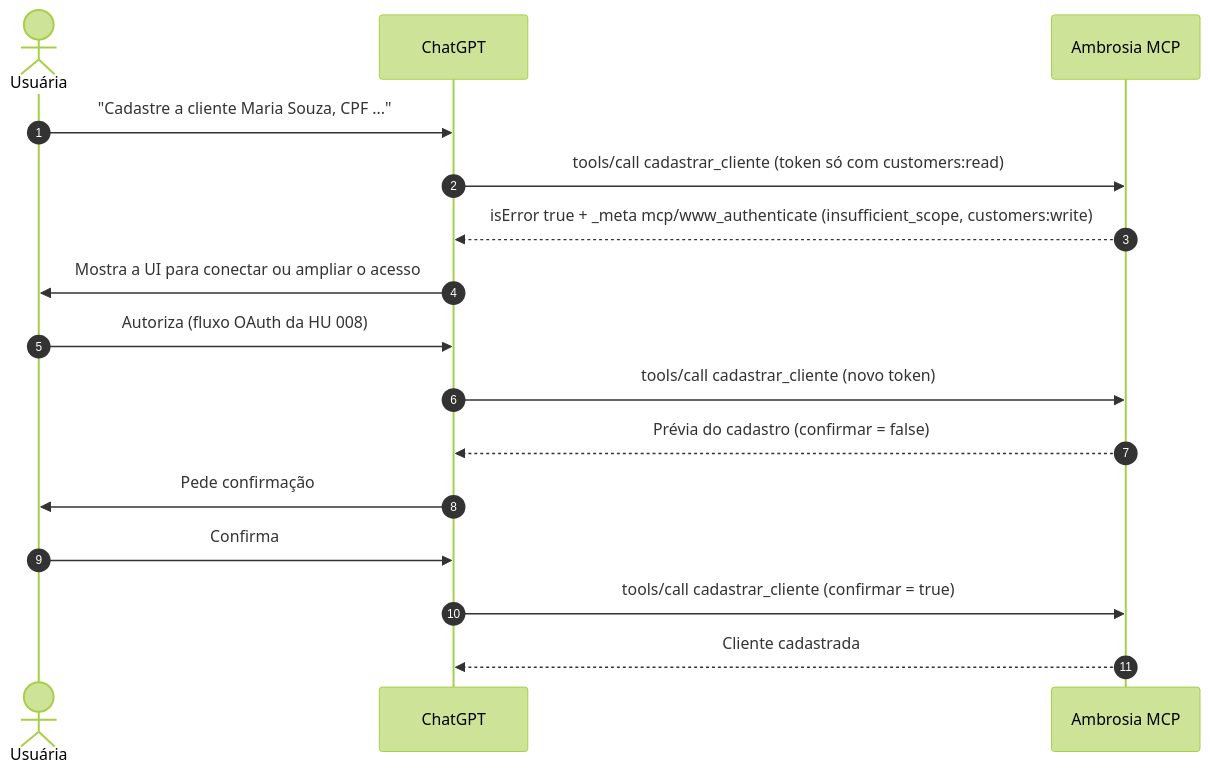
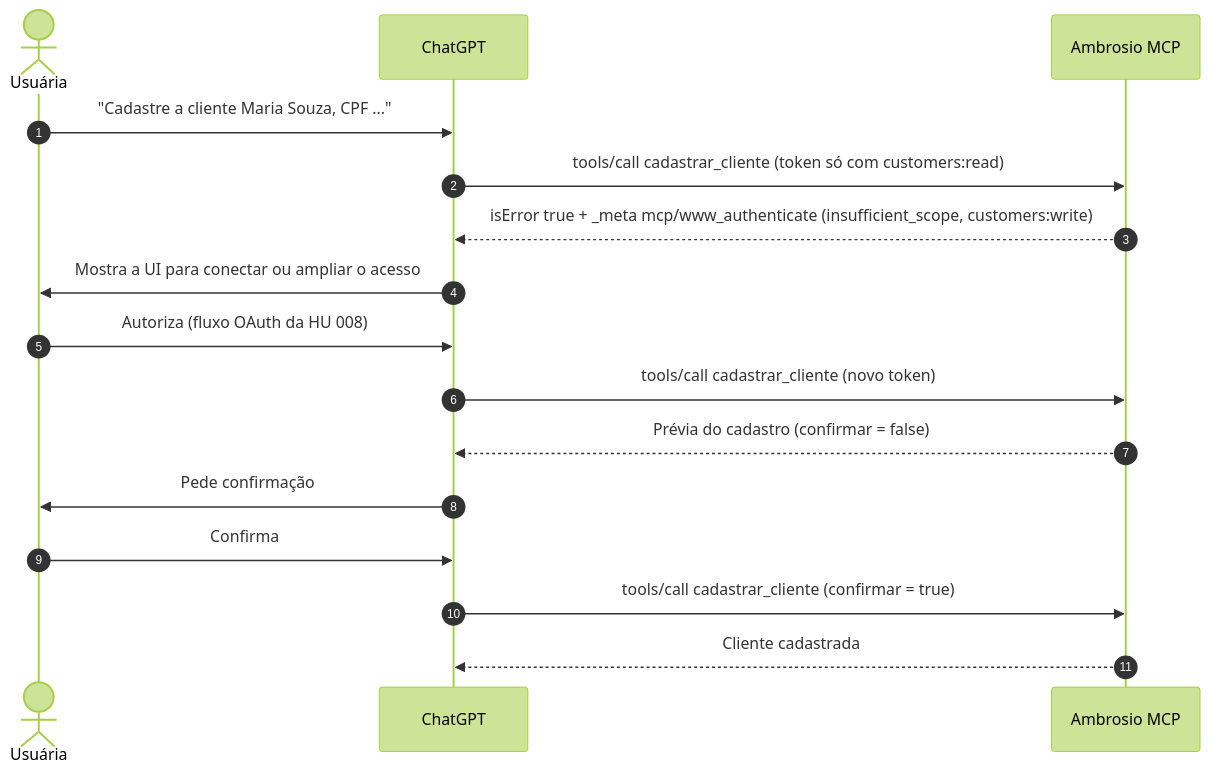
One commit to landim32/ambrosia changed the diagram in docs/historias/009-mcp-app-chatgpt.md. Above: the diagram before and after it, drawn with Mermaid (forest theme). The commit also changed other lines of this file and 508 other files, not shown here.

First line of the commit message:
chore: renomeia o projeto de Ambrosia para Ambrosio

````diff
--- a/docs/historias/009-mcp-app-chatgpt.md
+++ b/docs/historias/009-mcp-app-chatgpt.md
@@ -114,19 +114,19 @@
 ```mermaid
 sequenceDiagram
     autonumber
     actor U as Usuária
     participant CG as ChatGPT
-    participant MCP as Ambrosia MCP
+    participant MCP as Ambrosio MCP
 
     U->>CG: "Cadastre a cliente Maria Souza, CPF ..."
     CG->>MCP: tools/call cadastrar_cliente (token só com customers:read)
     MCP-->>CG: isError true + _meta mcp/www_authenticate (insufficient_scope, customers:write)
     CG->>U: Mostra a UI para conectar ou ampliar o acesso
     U->>CG: Autoriza (fluxo OAuth da HU 008)
     CG->>MCP: tools/call cadastrar_cliente (novo token)
     MCP-->>CG: Prévia do cadastro (confirmar = false)
     CG->>U: Pede confirmação
     U->>CG: Confirma
     CG->>MCP: tools/call cadastrar_cliente (confirmar = true)
     MCP-->>CG: Cliente cadastrada
 ```
````
